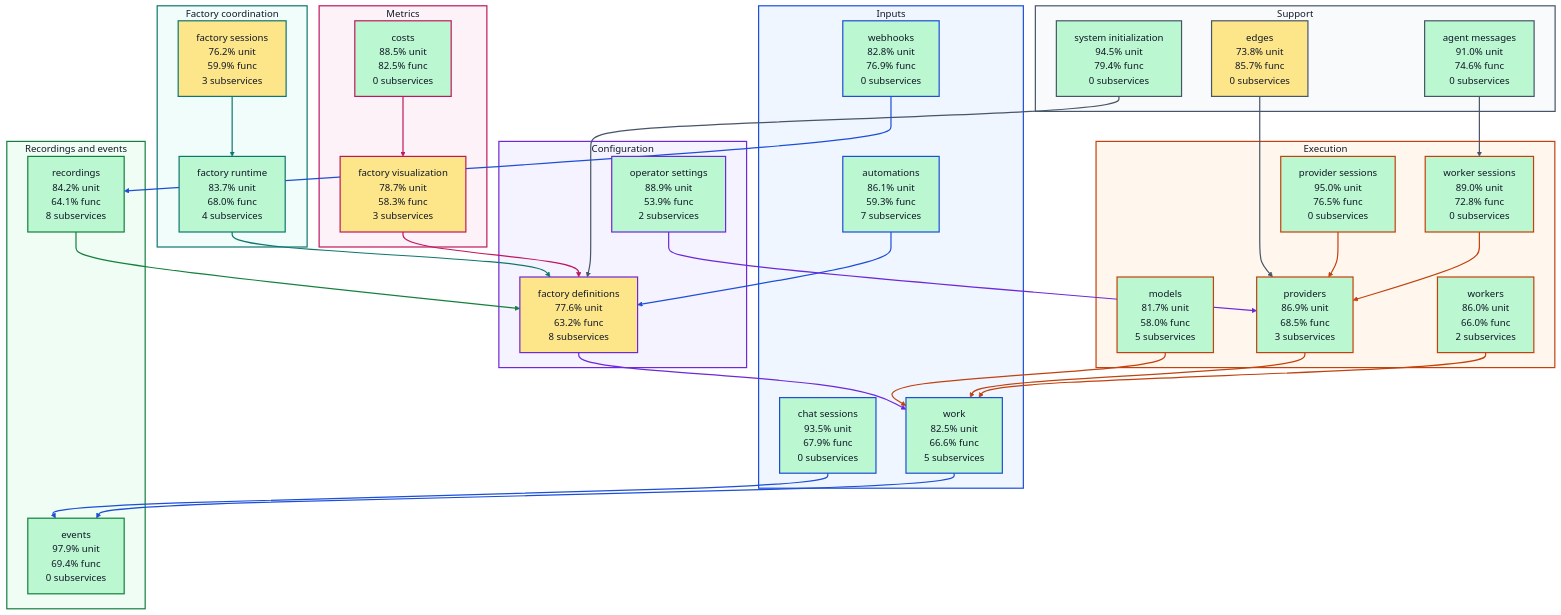
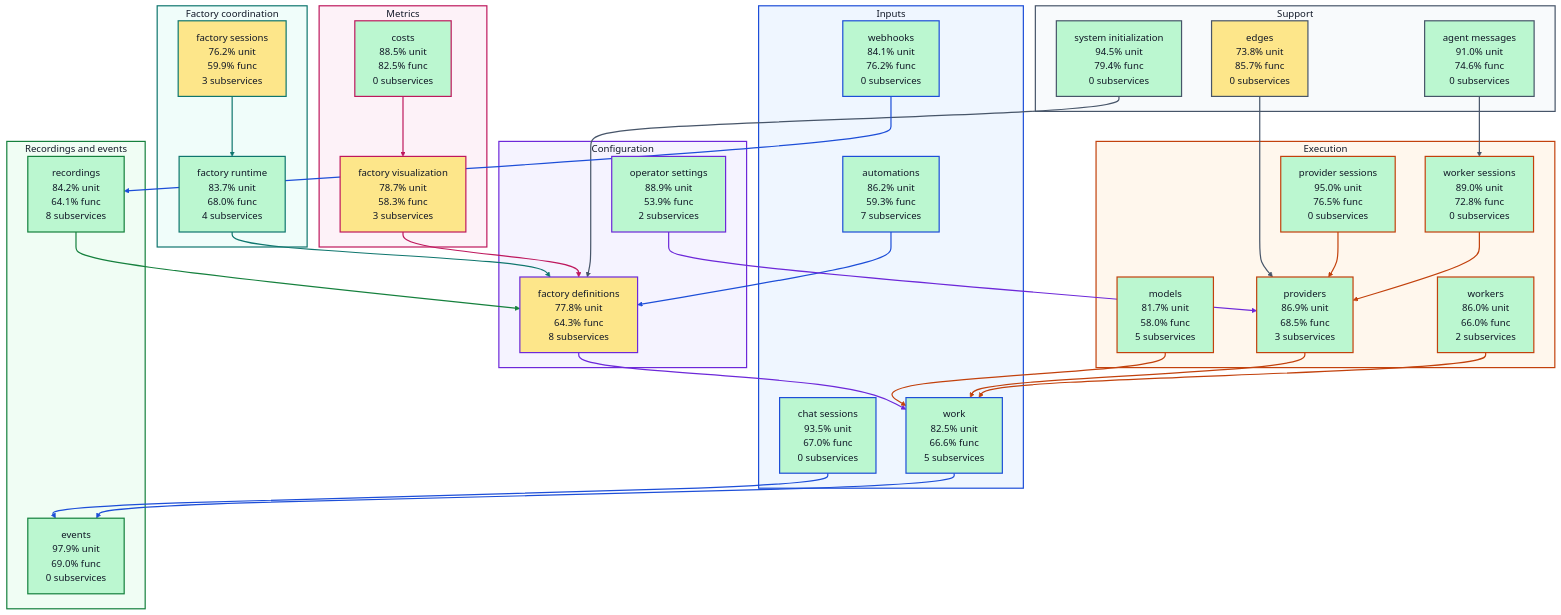
The diagram in docs/architecture/visualizations/high-level-test-coverage.md (portpowered/you-agent-factory), drawn with Mermaid before and after one commit. The commit also changed other lines of this file and 21 other files, not shown here.

Commit message:
docs: refresh backend architecture visualizations

````diff
--- a/docs/architecture/visualizations/high-level-test-coverage.md
+++ b/docs/architecture/visualizations/high-level-test-coverage.md
@@ -11,13 +11,13 @@
 ```mermaid
 flowchart TB
   subgraph input["Inputs"]
-    s_services_automations["automations<br/>86.1% unit<br/>59.3% func<br/>7 subservices"]
-    s_services_chat_sessions["chat sessions<br/>93.5% unit<br/>67.9% func<br/>0 subservices"]
-    s_services_webhooks["webhooks<br/>82.8% unit<br/>76.9% func<br/>0 subservices"]
+    s_services_automations["automations<br/>86.2% unit<br/>59.3% func<br/>7 subservices"]
+    s_services_chat_sessions["chat sessions<br/>93.5% unit<br/>67.0% func<br/>0 subservices"]
+    s_services_webhooks["webhooks<br/>84.1% unit<br/>76.2% func<br/>0 subservices"]
     s_services_work["work<br/>82.5% unit<br/>66.6% func<br/>5 subservices"]
   end
   subgraph configuration["Configuration"]
-    s_services_factory_definitions["factory definitions<br/>77.6% unit<br/>63.2% func<br/>8 subservices"]
+    s_services_factory_definitions["factory definitions<br/>77.8% unit<br/>64.3% func<br/>8 subservices"]
     s_services_operator_settings["operator settings<br/>88.9% unit<br/>53.9% func<br/>2 subservices"]
   end
   subgraph coordination["Factory coordination"]
@@ -32,7 +32,7 @@
     s_services_workers["workers<br/>86.0% unit<br/>66.0% func<br/>2 subservices"]
   end
   subgraph recordings["Recordings and events"]
-    s_services_events["events<br/>97.9% unit<br/>69.4% func<br/>0 subservices"]
+    s_services_events["events<br/>97.9% unit<br/>69.0% func<br/>0 subservices"]
     s_services_recordings["recordings<br/>84.2% unit<br/>64.1% func<br/>8 subservices"]
   end
   subgraph metrics["Metrics"]
````
